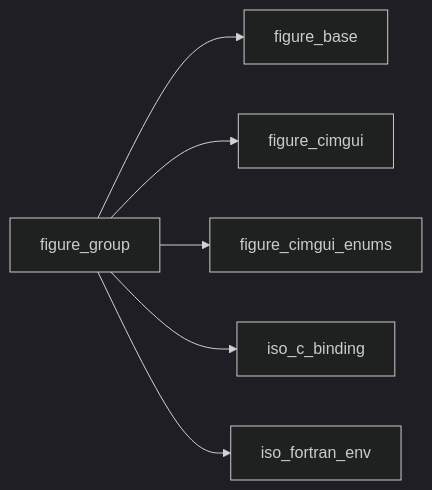
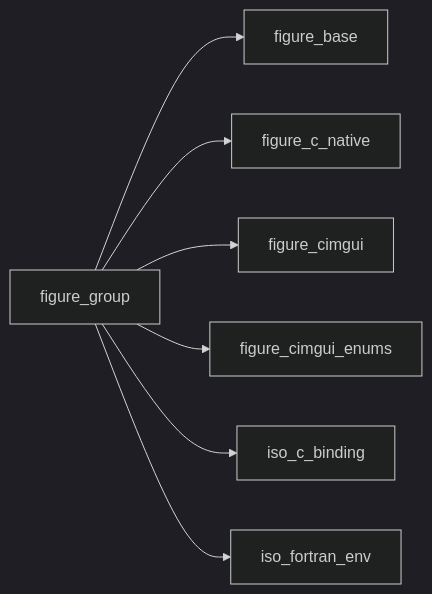
The first of 23 diagrams in docs/api/src/lib/figure_group.md (szaghi/figure), drawn with Mermaid (dark theme) before and after one commit. The commit also changed other lines of this file and 3 other files, not shown here.

````diff
--- a/docs/api/src/lib/figure_group.md
+++ b/docs/api/src/lib/figure_group.md
@@ -22,8 +22,9 @@
 ```mermaid
 graph LR
   figure_group["figure_group"] --> figure_base["figure_base"]
+  figure_group["figure_group"] --> figure_c_native["figure_c_native"]
   figure_group["figure_group"] --> figure_cimgui["figure_cimgui"]
   figure_group["figure_group"] --> figure_cimgui_enums["figure_cimgui_enums"]
   figure_group["figure_group"] --> iso_c_binding["iso_c_binding"]
   figure_group["figure_group"] --> iso_fortran_env["iso_fortran_env"]
 ```
````
